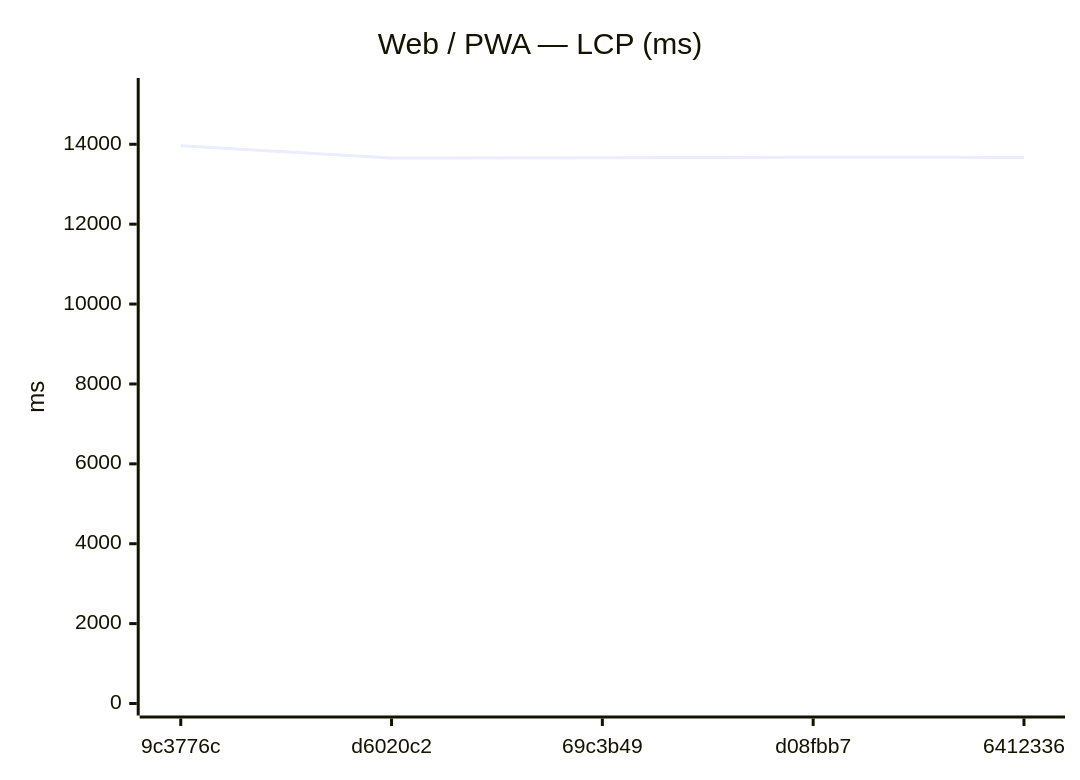
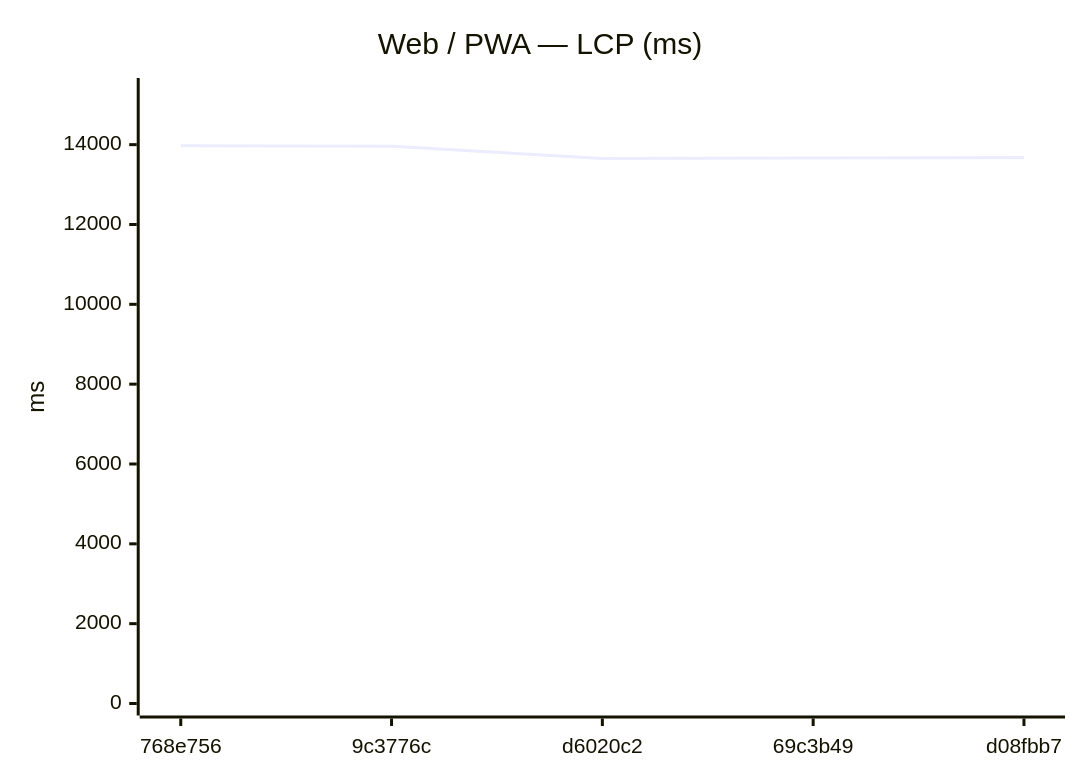
One commit to Metaheurist/Rianell changed the seventh of 18 diagrams in benchmarks/compare.md. Above: the diagram before and after it, drawn with Mermaid. The commit also changed other lines of this file and 11 other files, not shown here.

````diff
--- a/benchmarks/compare.md
+++ b/benchmarks/compare.md
@@ -117,7 +117,7 @@
 ```mermaid
 xychart-beta
     title "Web / PWA — LCP (ms)"
-    x-axis ["9c3776c", "d6020c2", "69c3b49", "d08fbb7", "6412336"]
-    y-axis "ms" 0 --> 15359
-    line [13962, 13654, 13664, 13678, 13670]
+    x-axis ["768e756", "9c3776c", "d6020c2", "69c3b49", "d08fbb7"]
+    y-axis "ms" 0 --> 15369
+    line [13971, 13962, 13654, 13664, 13678]
 ```
````
